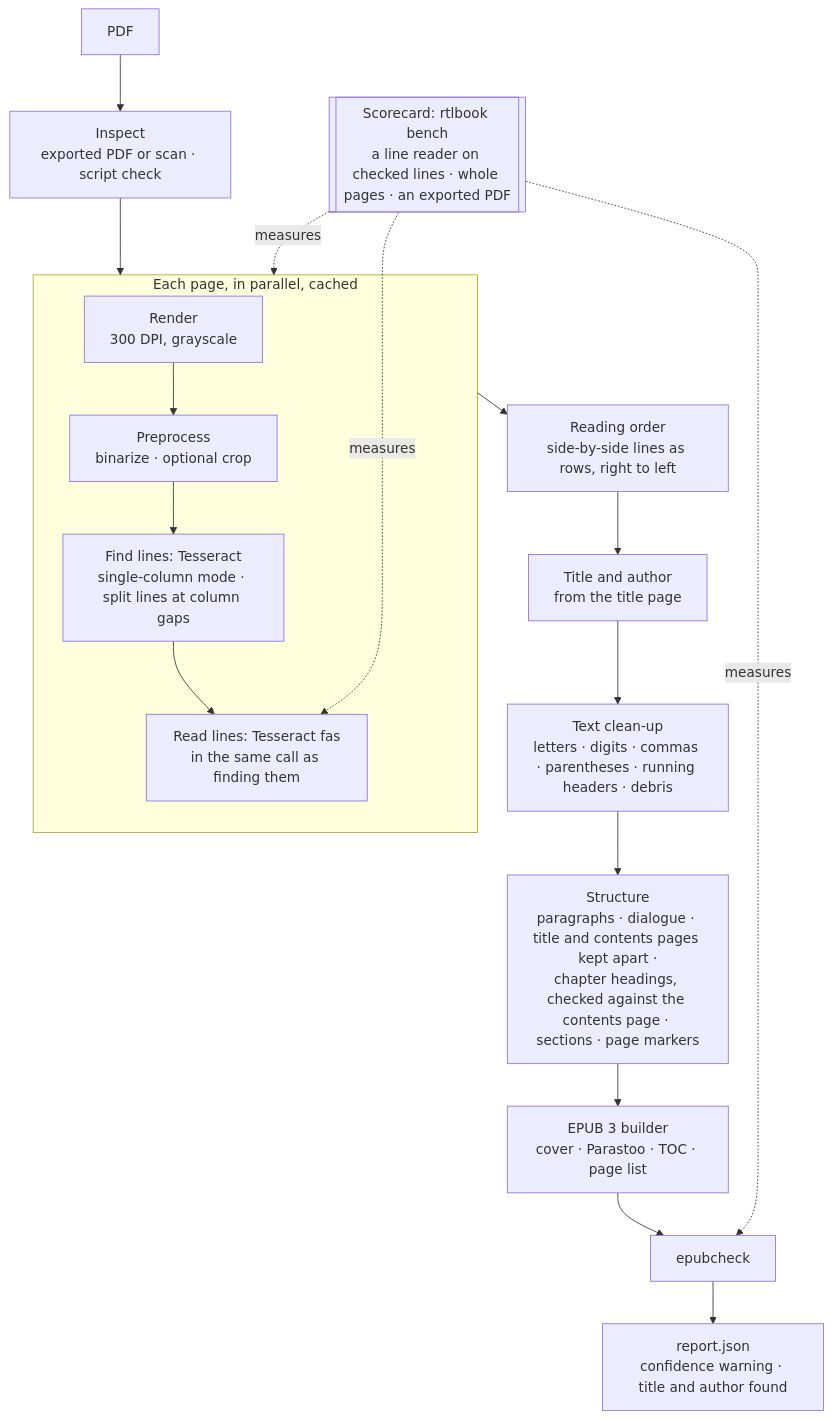
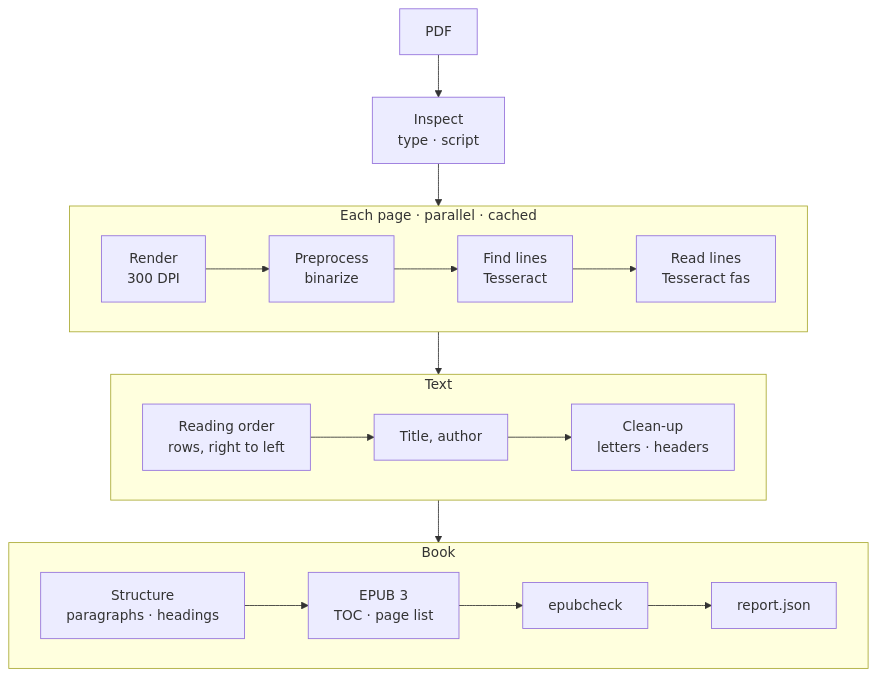
One commit to ardeshirj/rtlbook changed the diagram in docs/DESIGN.md. Above: the diagram before and after it, drawn with Mermaid. The commit also changed other lines of this file and 1 other file, not shown here.

Commit message:
DESIGN.md, ROADMAP.md: the pipeline diagrams as engine parts only, compact labels: stages as rows read left to right; the target with the slots dashed; the scorecard in the text

````diff
--- a/docs/DESIGN.md
+++ b/docs/DESIGN.md
@@ -53,20 +53,19 @@
 ```mermaid
 flowchart TD
-    A[PDF] --> B[Inspect<br/>exported PDF or scan · script check]
+    A[PDF] --> B[Inspect<br/>type · script]
     B --> P
-    subgraph P [Each page, in parallel, cached]
-        C[Render<br/>300 DPI, grayscale] --> D[Preprocess<br/>binarize · optional crop]
-        D --> E1[Find lines: Tesseract<br/>single-column mode · split lines at column gaps]
-        E1 --> E2[Read lines: Tesseract fas<br/>in the same call as finding them]
+    subgraph P [Each page · parallel · cached]
+        direction LR
+        C[Render<br/>300 DPI] --> D[Preprocess<br/>binarize] --> E1[Find lines<br/>Tesseract] --> E2[Read lines<br/>Tesseract fas]
     end
-    P --> F[Reading order<br/>side-by-side lines as rows, right to left]
-    F --> G[Title and author<br/>from the title page]
-    G --> H[Text clean-up<br/>letters · digits · commas · parentheses · running headers · debris]
-    H --> I[Structure<br/>paragraphs · dialogue · title and contents pages kept apart ·<br/>chapter headings, checked against the contents page · sections · page markers]
-    I --> J[EPUB 3 builder<br/>cover · Parastoo · TOC · page list]
-    J --> K[epubcheck]
-    K --> R[report.json<br/>confidence warning · title and author found]
-    S[[Scorecard: rtlbook bench<br/>a line reader on checked lines · whole pages · an exported PDF]] -. measures .-> E2
-    S -. measures .-> P
-    S -. measures .-> K
+    P --> T
+    subgraph T [Text]
+        direction LR
+        F[Reading order<br/>rows, right to left] --> G[Title, author] --> H[Clean-up<br/>letters · headers]
+    end
+    T --> K
+    subgraph K [Book]
+        direction LR
+        I[Structure<br/>paragraphs · headings] --> J[EPUB 3<br/>TOC · page list] --> V[epubcheck] --> R[report.json]
+    end
 ```
````
